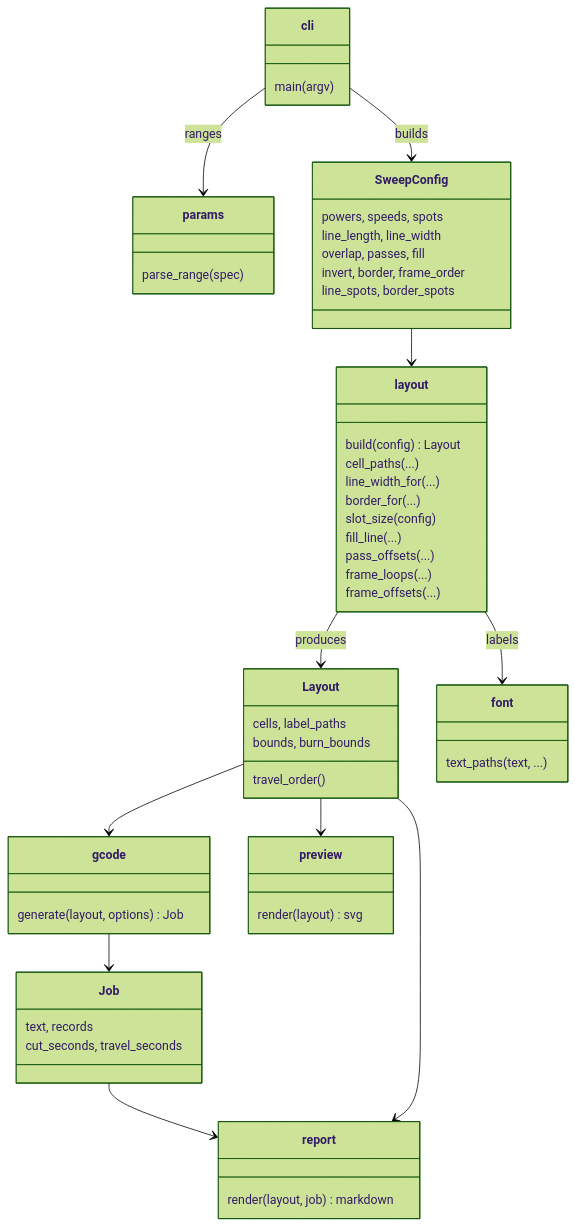
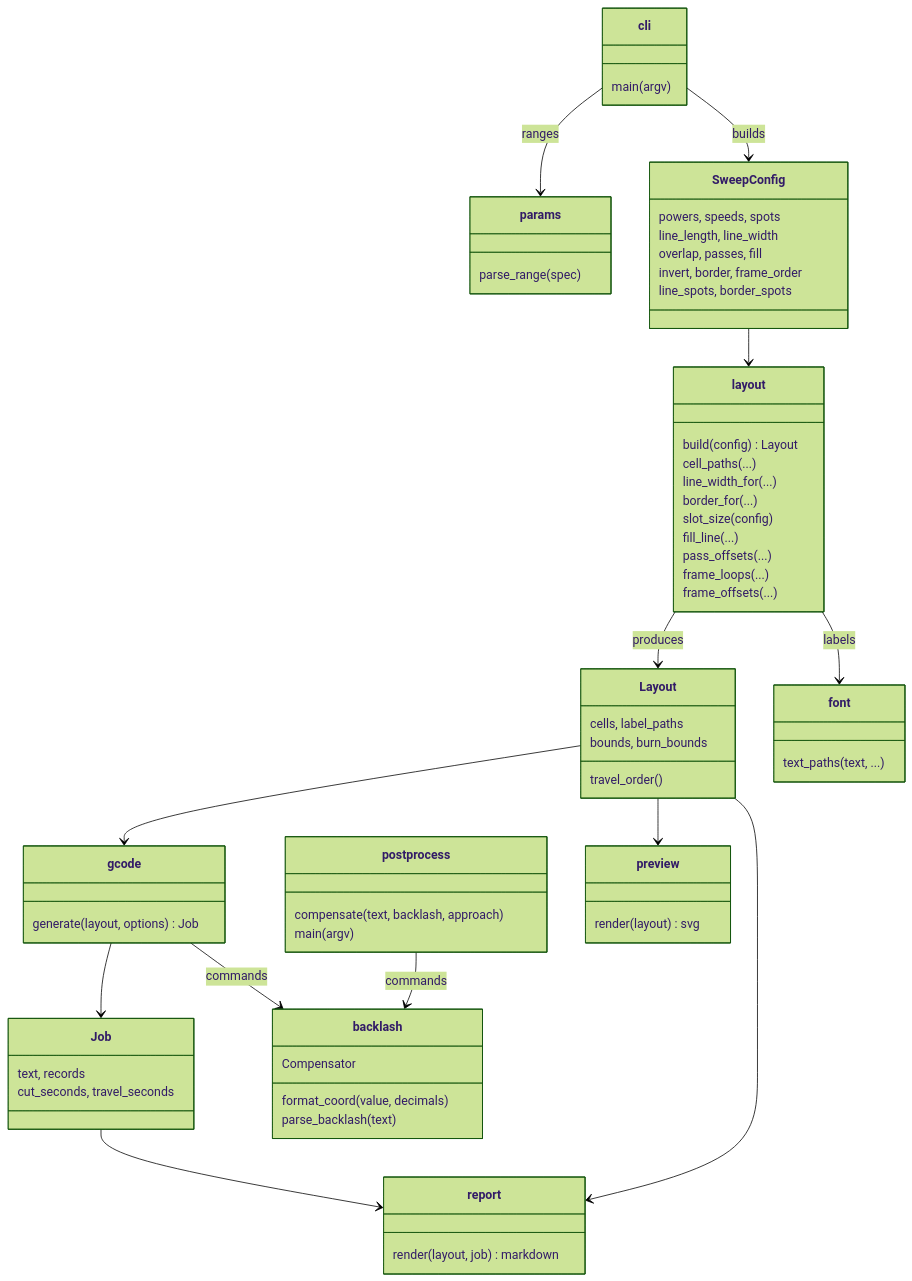
The diagram in README.md (tmpk13/kicad-to-gcode), drawn with Mermaid (forest theme) before and after one commit. The commit also changed other lines of this file and 9 other files, not shown here.

````diff
--- a/README.md
+++ b/README.md
@@ -136,58 +151,69 @@
 ```mermaid
 classDiagram
     class cli {
         main(argv)
     }
     class params {
         parse_range(spec)
     }
     class SweepConfig {
         powers, speeds, spots
         line_length, line_width
         overlap, passes, fill
         invert, border, frame_order
         line_spots, border_spots
     }
     class layout {
         build(config) Layout
         cell_paths(...)
         line_width_for(...)
         border_for(...)
         slot_size(config)
         fill_line(...)
         pass_offsets(...)
         frame_loops(...)
         frame_offsets(...)
     }
     class Layout {
         cells, label_paths
         bounds, burn_bounds
         travel_order()
     }
     class font {
         text_paths(text, ...)
     }
     class gcode {
         generate(layout, options) Job
     }
+    class backlash {
+        Compensator
+        format_coord(value, decimals)
+        parse_backlash(text)
+    }
+    class postprocess {
+        compensate(text, backlash, approach) 
+        main(argv)
+    }
     class Job {
         text, records
         cut_seconds, travel_seconds
     }
     class preview {
         render(layout) svg
     }
     class report {
         render(layout, job) markdown
     }
     cli --> params : ranges
     cli --> SweepConfig : builds
     SweepConfig --> layout
     layout --> Layout : produces
     layout --> font : labels
     Layout --> gcode
     Layout --> preview
     gcode --> Job
+    gcode --> backlash : commands
+    postprocess --> backlash : commands
     Job --> report
     Layout --> report
 ```
````
